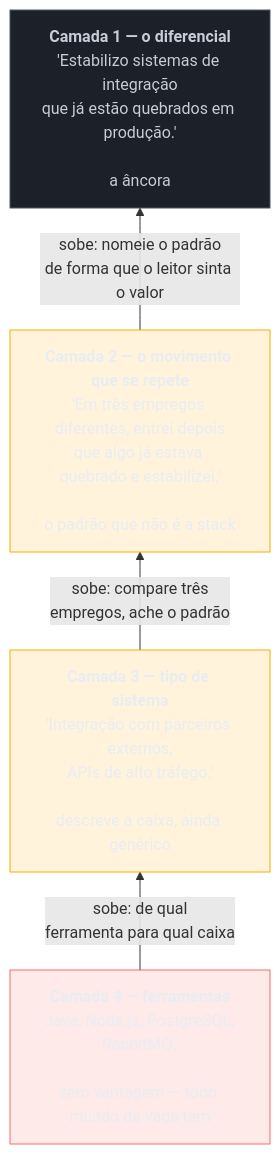
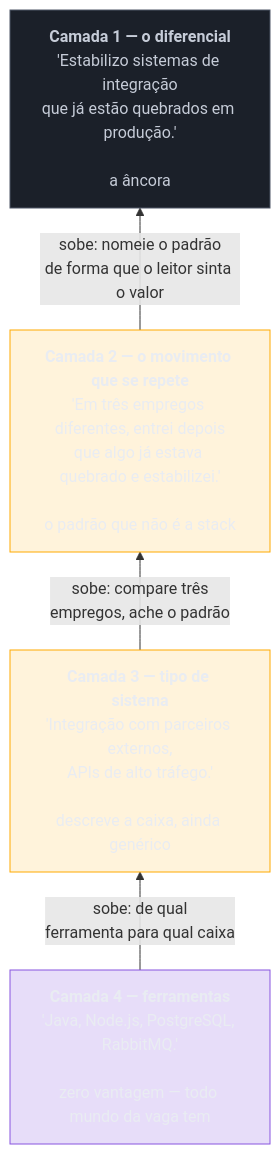
Before and after one commit to josenaldo/codex-technomanticus: the diagram in 03-Dominios/Carreira/Currículo/20 - A âncora.md, drawn with Mermaid. The commit also changed 601 other files, not shown here.

````diff
--- a/03-Dominios/Carreira/Currículo/20 - A âncora.md
+++ b/03-Dominios/Carreira/Currículo/20 - A âncora.md
@@ -63,19 +63,19 @@
 ```mermaid
 graph BT
-    classDef falha fill:#FF6B6B24,stroke:#FF6B6B,color:#E9ECF2
+    classDef marca fill:#8855DF33,stroke:#8855DF,color:#E9ECF2
     classDef destaque fill:#FFAA0024,stroke:#FFAA00,color:#E9ECF2
     classDef neutro fill:#1B2029,stroke:#4E5666,color:#C6CCD8
     C4["<b>Camada 4 — ferramentas</b><br/>'Java, Node.js, PostgreSQL, RabbitMQ.'<br/><br/>zero vantagem — todo mundo da vaga tem"]
     C3["<b>Camada 3 — tipo de sistema</b><br/>'Integração com parceiros externos,<br/>APIs de alto tráfego.'<br/><br/>descreve a caixa, ainda genérico"]
     C2["<b>Camada 2 — o movimento que se repete</b><br/>'Em três empregos diferentes, entrei depois<br/>que algo já estava quebrado e estabilizei.'<br/><br/>o padrão que não é a stack"]
     C1["<b>Camada 1 — o diferencial</b><br/>'Estabilizo sistemas de integração<br/>que já estão quebrados em produção.'<br/><br/>a âncora"]
 
     C4 -->|"sobe: de qual<br/>ferramenta para qual caixa"| C3
     C3 -->|"sobe: compare três<br/>empregos, ache o padrão"| C2
     C2 -->|"sobe: nomeie o padrão<br/>de forma que o leitor sinta o valor"| C1
 
-    class C4 falha
+    class C4 marca
     class C3 destaque
     class C2 destaque
     class C1 neutro
 ```
````
